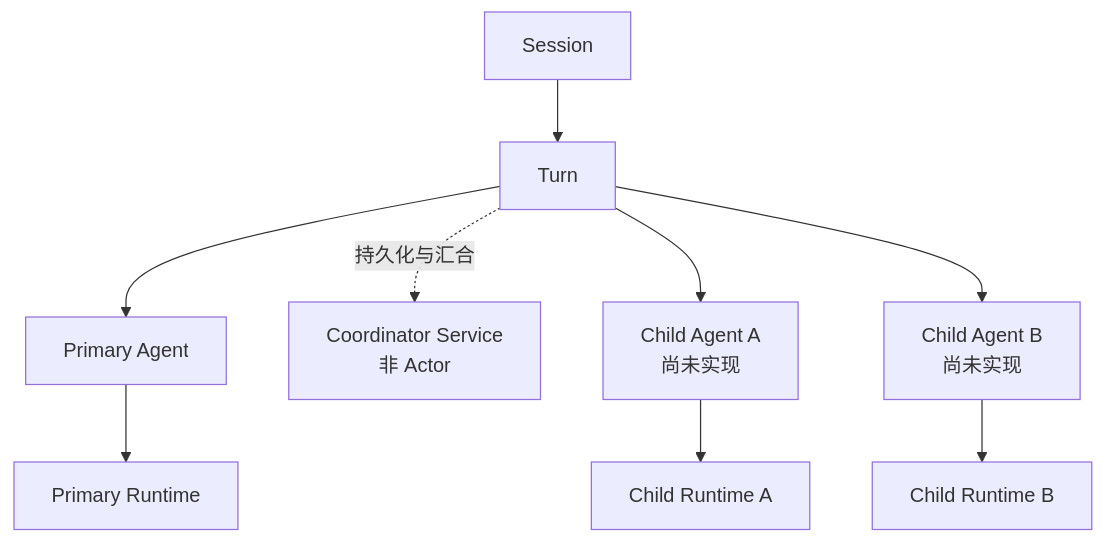
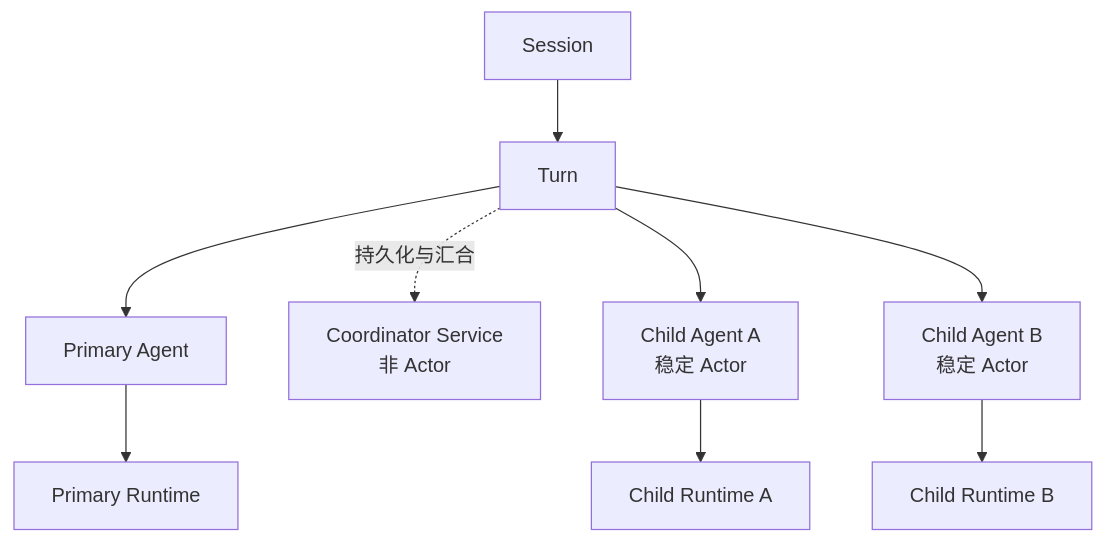
The second of 2 diagrams in docs/development/chat-multi-session-and-multi-agent-extension.md (xbinator/texti), drawn with Mermaid before and after one commit. The commit also changed other lines of this file and 6 other files, not shown here.

````diff
--- a/docs/development/chat-multi-session-and-multi-agent-extension.md
+++ b/docs/development/chat-multi-session-and-multi-agent-extension.md
@@ -146,11 +146,11 @@
 ```mermaid
 flowchart TD
   Session["Session"] --> Turn["Turn"]
   Turn --> Primary["Primary Agent"]
   Turn -. "持久化与汇合" .-> Coordinator["Coordinator Service<br/>非 Actor"]
-  Turn --> ChildA["Child Agent A<br/>尚未实现"]
-  Turn --> ChildB["Child Agent B<br/>尚未实现"]
+  Turn --> ChildA["Child Agent A<br/>稳定 Actor"]
+  Turn --> ChildB["Child Agent B<br/>稳定 Actor"]
   Primary --> PrimaryRuntime["Primary Runtime"]
   ChildA --> ChildRuntimeA["Child Runtime A"]
   ChildB --> ChildRuntimeB["Child Runtime B"]
 ```
````
